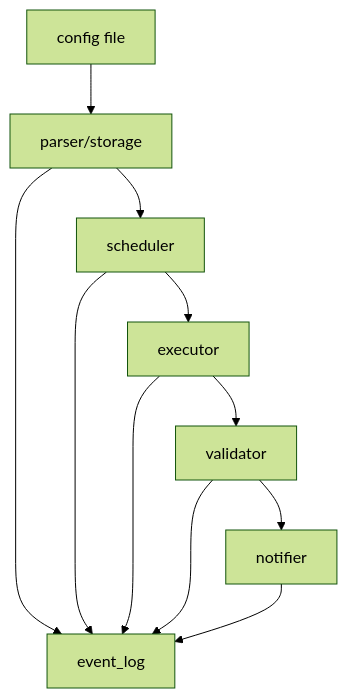
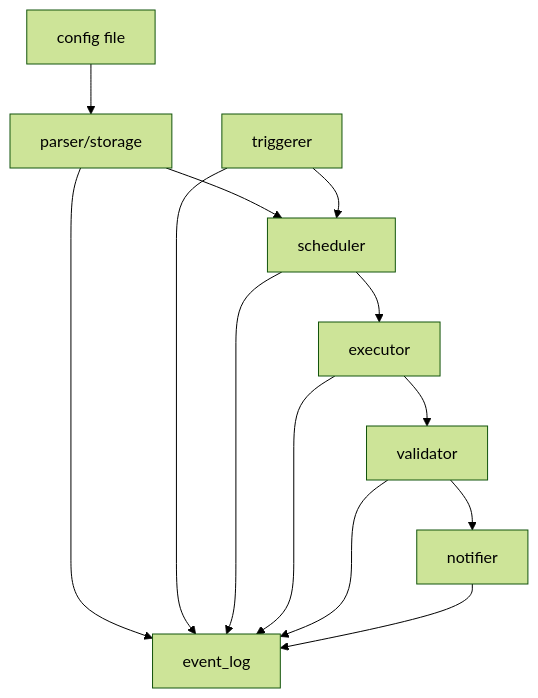
Before and after one commit to andrew-a-hale/mdf: the diagram in design/overview.md, drawn with Mermaid (forest theme). The commit also changed other lines of this file and 12 other files, not shown here.

````diff
--- a/design/overview.md
+++ b/design/overview.md
@@ -80,22 +82,25 @@
 ```mermaid
 graph TB
   event_log[event_log]
   config[config file]
   parser[parser/storage]
+  triggerer[triggerer]
   scheduler[scheduler]
   executor[executor]
   validator[validator]
   notifier[notifier]
 
   config --> parser
   parser --> scheduler
+  triggerer --> scheduler
   scheduler --> executor
   executor --> validator
   validator --> notifier
 
   parser --> event_log
+  triggerer --> event_log
   scheduler --> event_log
   executor --> event_log
   validator --> event_log
   notifier --> event_log
 ```
````
